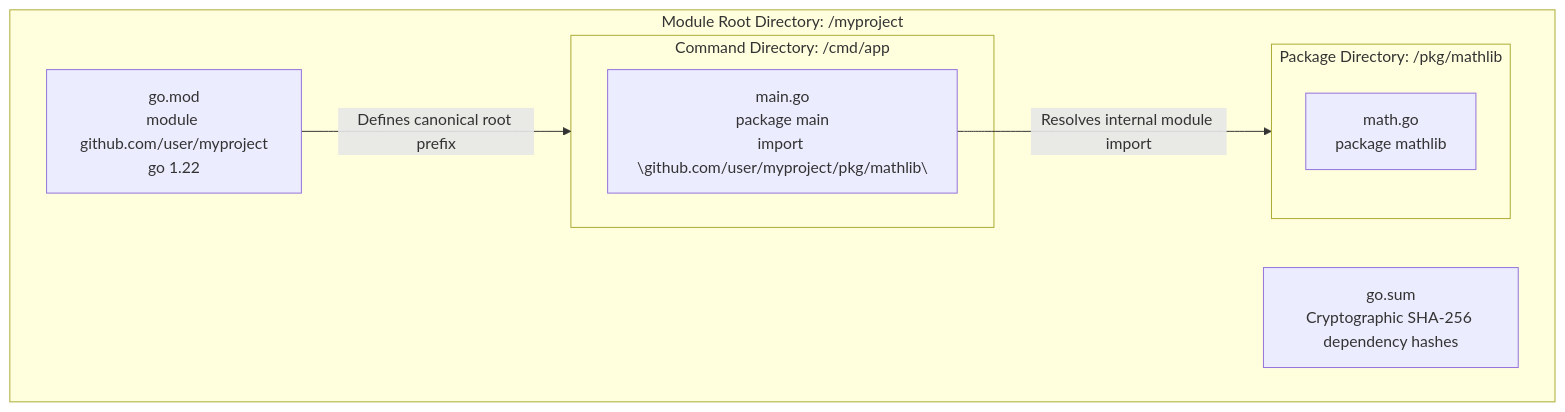
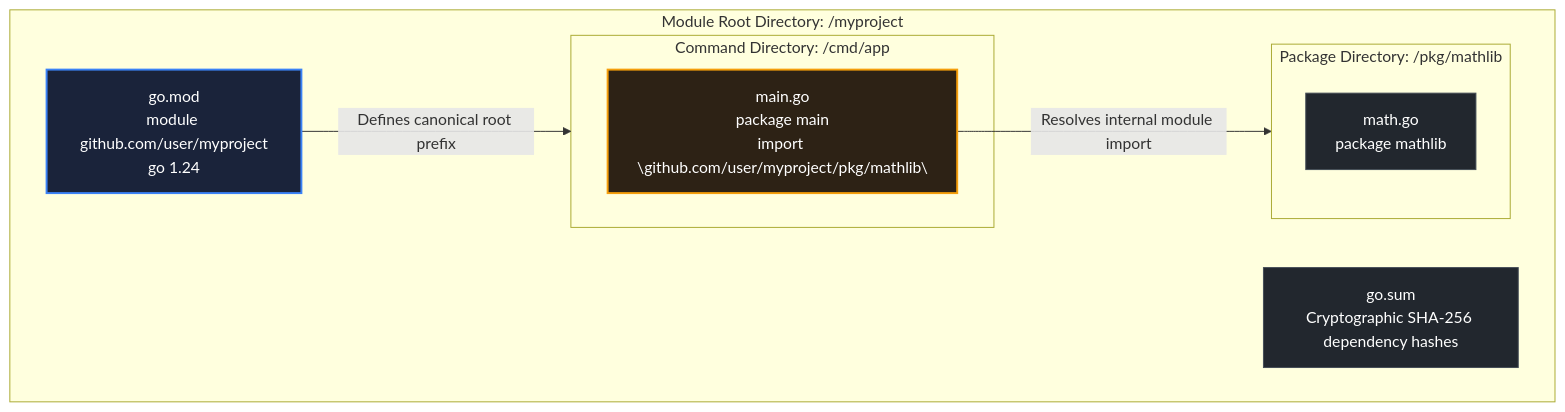
One commit to swe-labs/the-go-engineer changed the diagram in curriculum/modules/02-go-setup-tooling/lessons/13-go-module-root-basics/README.md. Above: the diagram before and after it, drawn with Mermaid. The commit also changed other lines of this file and 19 other files, not shown here.

````diff
--- a/curriculum/modules/02-go-setup-tooling/lessons/13-go-module-root-basics/README.md
+++ b/curriculum/modules/02-go-setup-tooling/lessons/13-go-module-root-basics/README.md
@@ -17,18 +20,24 @@
 ```mermaid
 flowchart TD
+    classDef frontDoor fill:#1a233a,stroke:#3b82f6,stroke-width:2px,color:#ffffff;
+    classDef exitGate fill:#1e3a1e,stroke:#4caf50,stroke-width:2px,color:#ffffff;
+    classDef standardNode fill:#22272e,stroke:#444c56,stroke-width:1px,color:#ffffff;
+    classDef capstoneNode fill:#2d2215,stroke:#f59e0b,stroke-width:2px,color:#ffffff;
+    classDef container fill:#161b22,stroke:#30363d,stroke-width:1px,color:#8b949e;
+
     subgraph ModuleRoot["Module Root Directory: /myproject"]
-        GOMOD["go.mod\nmodule github.com/user/myproject\ngo 1.22"]
-        GOSUM["go.sum\nCryptographic SHA-256 dependency hashes"]
+        GOMOD["go.mod\nmodule github.com/user/myproject\ngo 1.24"]:::frontDoor
+        GOSUM["go.sum\nCryptographic SHA-256 dependency hashes"]:::standardNode
 
         subgraph SubPkg["Package Directory: /pkg/mathlib"]
-            CODE["math.go\npackage mathlib"]
+            CODE["math.go\npackage mathlib"]:::standardNode
         end
 
         subgraph CmdPkg["Command Directory: /cmd/app"]
-            MAIN["main.go\npackage main\nimport \"github.com/user/myproject/pkg/mathlib\""]
+            MAIN["main.go\npackage main\nimport \"github.com/user/myproject/pkg/mathlib\""]:::capstoneNode
         end
     end
 
     GOMOD -->|Defines canonical root prefix| CmdPkg
     MAIN -->|Resolves internal module import| SubPkg
 ```
````
